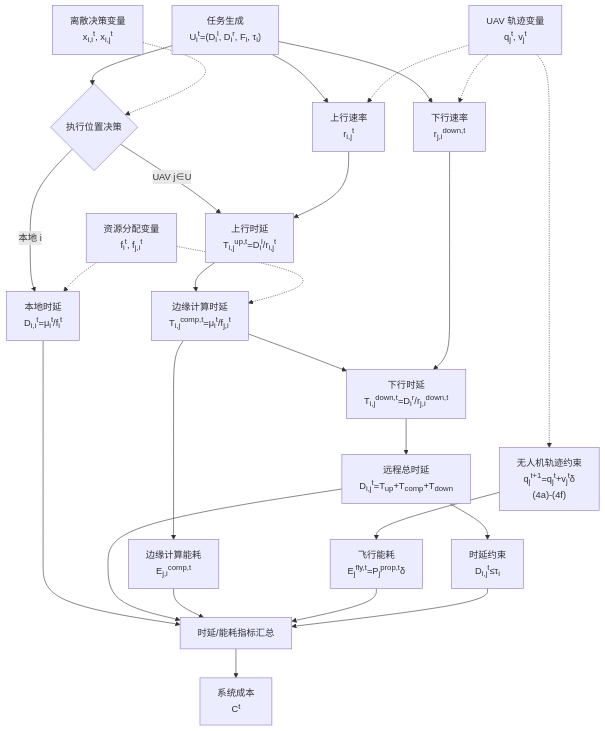
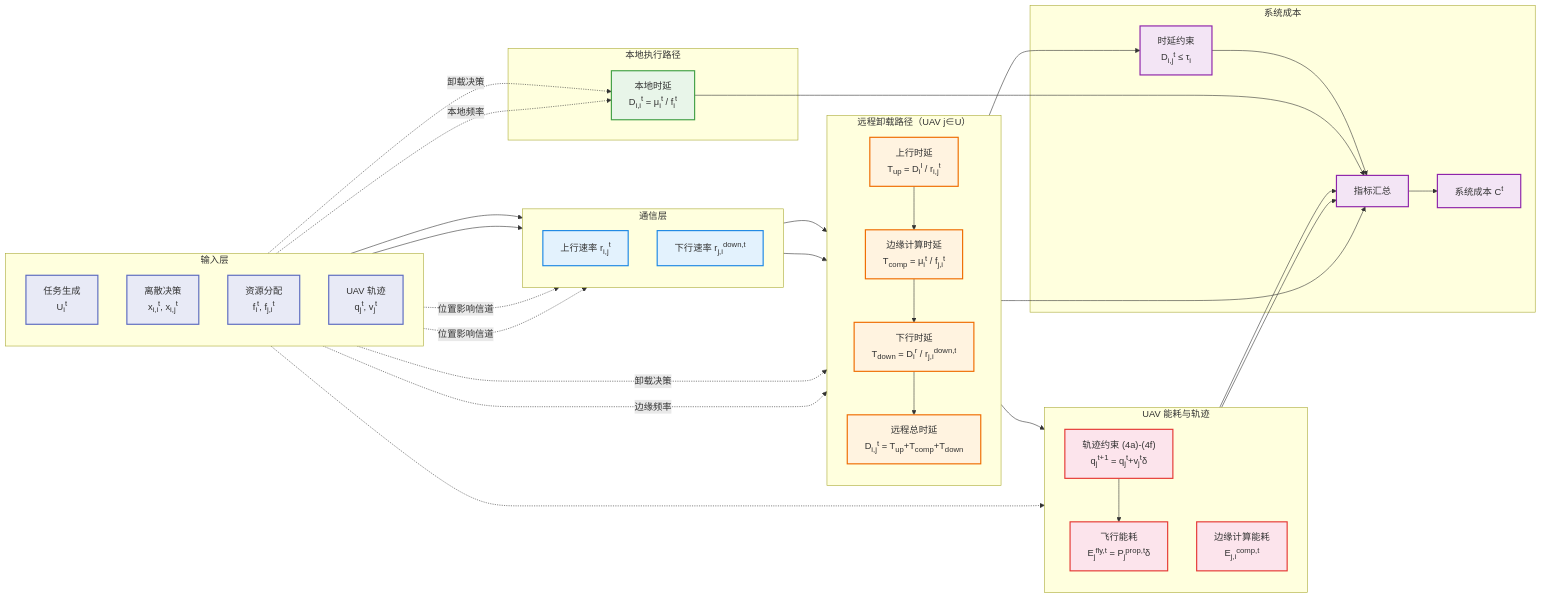
One commit to Daisy-1515/llm-guided-mod-optimization changed the diagram in 文档/公式.md. Above: the diagram before and after it, drawn with Mermaid. The commit also changed 1 other file, not shown here.

Commit message:
chore: 添加日记并完成公式流程图重构
- 新增日记目录和 2026-03-09 工作记录
- 完成公式流程图从 flowchart TD 到 LR subgraph 结构的重构，提高可读性

````diff
--- a/文档/公式.md
+++ b/文档/公式.md
@@ -312,45 +312,89 @@
 ```mermaid
-flowchart TD
-    A["任务生成<br/>U<sub>i</sub><sup>t</sup>=(D<sub>i</sub><sup>l</sup>, D<sub>i</sub><sup>r</sup>, F<sub>i</sub>, τ<sub>i</sub>)"]
-    B["上行速率<br/>r<sub>i,j</sub><sup>t</sup>"]
-    B2["下行速率<br/>r<sub>j,i</sub><sup>down,t</sup>"]
-    C{"执行位置决策"}
-    X["离散决策变量<br/>x<sub>i,i</sub><sup>t</sup>, x<sub>i,j</sub><sup>t</sup>"]
-    Y["资源分配变量<br/>f<sub>i</sub><sup>t</sup>, f<sub>j,i</sub><sup>t</sup>"]
-    Z["UAV 轨迹变量<br/>q<sub>j</sub><sup>t</sup>, v<sub>j</sub><sup>t</sup>"]
+flowchart LR
 
+    subgraph INPUT["输入层"]
+        direction TB
+        A["任务生成<br/>U<sub>i</sub><sup>t</sup>"]
+        X["离散决策<br/>x<sub>i,i</sub><sup>t</sup>, x<sub>i,j</sub><sup>t</sup>"]
+        Y["资源分配<br/>f<sub>i</sub><sup>t</sup>, f<sub>j,i</sub><sup>t</sup>"]
+        Z["UAV 轨迹<br/>q<sub>j</sub><sup>t</sup>, v<sub>j</sub><sup>t</sup>"]
+    end
+
+    subgraph COMM["通信层"]
+        direction TB
+        B["上行速率  r<sub>i,j</sub><sup>t</sup>"]
+        B2["下行速率  r<sub>j,i</sub><sup>down,t</sup>"]
+    end
+
+    subgraph LOCAL["本地执行路径"]
+        D["本地时延<br/>D<sub>i,i</sub><sup>t</sup> = μ<sub>i</sub><sup>t</sup> / f<sub>i</sub><sup>t</sup>"]
+    end
+
+    subgraph REMOTE["远程卸载路径（UAV j∈U）"]
+        direction TB
+        U1["上行时延<br/>T<sub>up</sub> = D<sub>i</sub><sup>l</sup> / r<sub>i,j</sub><sup>t</sup>"]
+        U2["边缘计算时延<br/>T<sub>comp</sub> = μ<sub>i</sub><sup>t</sup> / f<sub>j,i</sub><sup>t</sup>"]
+        U3["下行时延<br/>T<sub>down</sub> = D<sub>i</sub><sup>r</sup> / r<sub>j,i</sub><sup>down,t</sup>"]
+        R1["远程总时延<br/>D<sub>i,j</sub><sup>t</sup> = T<sub>up</sub>+T<sub>comp</sub>+T<sub>down</sub>"]
+        U1 --> U2 --> U3 --> R1
+    end
+
+    subgraph UAV["UAV 能耗与轨迹"]
+        direction TB
+        H["轨迹约束  (4a)-(4f)<br/>q<sub>j</sub><sup>t+1</sup> = q<sub>j</sub><sup>t</sup>+v<sub>j</sub><sup>t</sup>δ"]
+        G["飞行能耗<br/>E<sub>j</sub><sup>fly,t</sup> = P<sub>j</sub><sup>prop,t</sup>δ"]
+        E["边缘计算能耗<br/>E<sub>j,i</sub><sup>comp,t</sup>"]
+        H --> G
+    end
+
+    subgraph COST["系统成本"]
+        K["时延约束<br/>D<sub>i,j</sub><sup>t</sup> ≤ τ<sub>i</sub>"]
+        I["指标汇总"]
+        J["系统成本  C<sup>t</sup>"]
+        K --> I --> J
+    end
+
+    %% 输入 → 通信
     A --> B
     A --> B2
-    A --> C
-    X -.-> C
-    Z -.-> B
-    Z -.-> B2
+    Z -.->|位置影响信道| B
+    Z -.->|位置影响信道| B2
 
-    C -->|本地 i| D["本地时延<br/>D<sub>i,i</sub><sup>t</sup>=μ<sub>i</sub><sup>t</sup>/f<sub>i</sub><sup>t</sup>"]
+    %% 决策分流
+    X -.->|卸载决策| D
+    X -.->|卸载决策| U1
 
-    C -->|UAV j∈U| U1["上行时延<br/>T<sub>i,j</sub><sup>up,t</sup>=D<sub>i</sub><sup>l</sup>/r<sub>i,j</sub><sup>t</sup>"]
+    %% 通信 → 远程路径
     B --> U1
-    U1 --> U2["边缘计算时延<br/>T<sub>i,j</sub><sup>comp,t</sup>=μ<sub>i</sub><sup>t</sup>/f<sub>j,i</sub><sup>t</sup>"]
-    Y -.-> D
-    Y -.-> U2
-    U2 --> U3["下行时延<br/>T<sub>i,j</sub><sup>down,t</sup>=D<sub>i</sub><sup>r</sup>/r<sub>j,i</sub><sup>down,t</sup>"]
     B2 --> U3
 
-    U3 --> R1["远程总时延<br/>D<sub>i,j</sub><sup>t</sup>=T<sub>up</sub>+T<sub>comp</sub>+T<sub>down</sub>"]
-    R1 --> K["时延约束<br/>D<sub>i,j</sub><sup>t</sup>≤τ<sub>i</sub>"]
+    %% 资源 → 计算
+    Y -.->|本地频率| D
+    Y -.->|边缘频率| U2
 
-    U2 --> E["边缘计算能耗<br/>E<sub>j,i</sub><sup>comp,t</sup>"]
-    H["无人机轨迹约束<br/>q<sub>j</sub><sup>t+1</sup>=q<sub>j</sub><sup>t</sup>+v<sub>j</sub><sup>t</sup>δ<br/>(4a)-(4f)"]
-    G["飞行能耗<br/>E<sub>j</sub><sup>fly,t</sup>=P<sub>j</sub><sup>prop,t</sup>δ"]
+    %% 轨迹
+    Z -.-> H
+    U2 --> E
 
-    H --> G
-    Z -.-> H
-
-    D --> I["时延/能耗指标汇总"]
+    %% 汇总
+    R1 --> K
+    D --> I
     R1 --> I
     E --> I
     G --> I
-    K --> I
 
-    I --> J["系统成本<br/>C<sup>t</sup>"]
+    %% 样式
+    classDef inputStyle fill:#e8eaf6,stroke:#5c6bc0,stroke-width:2px
+    classDef commStyle fill:#e3f2fd,stroke:#1e88e5,stroke-width:2px
+    classDef localStyle fill:#e8f5e9,stroke:#43a047,stroke-width:2px
+    classDef remoteStyle fill:#fff3e0,stroke:#ef6c00,stroke-width:2px
+    classDef uavStyle fill:#fce4ec,stroke:#e53935,stroke-width:2px
+    classDef costStyle fill:#f3e5f5,stroke:#8e24aa,stroke-width:2px
+
+    class A,X,Y,Z inputStyle
+    class B,B2 commStyle
+    class D localStyle
+    class U1,U2,U3,R1 remoteStyle
+    class H,G,E uavStyle
+    class K,I,J costStyle
 ```
````
